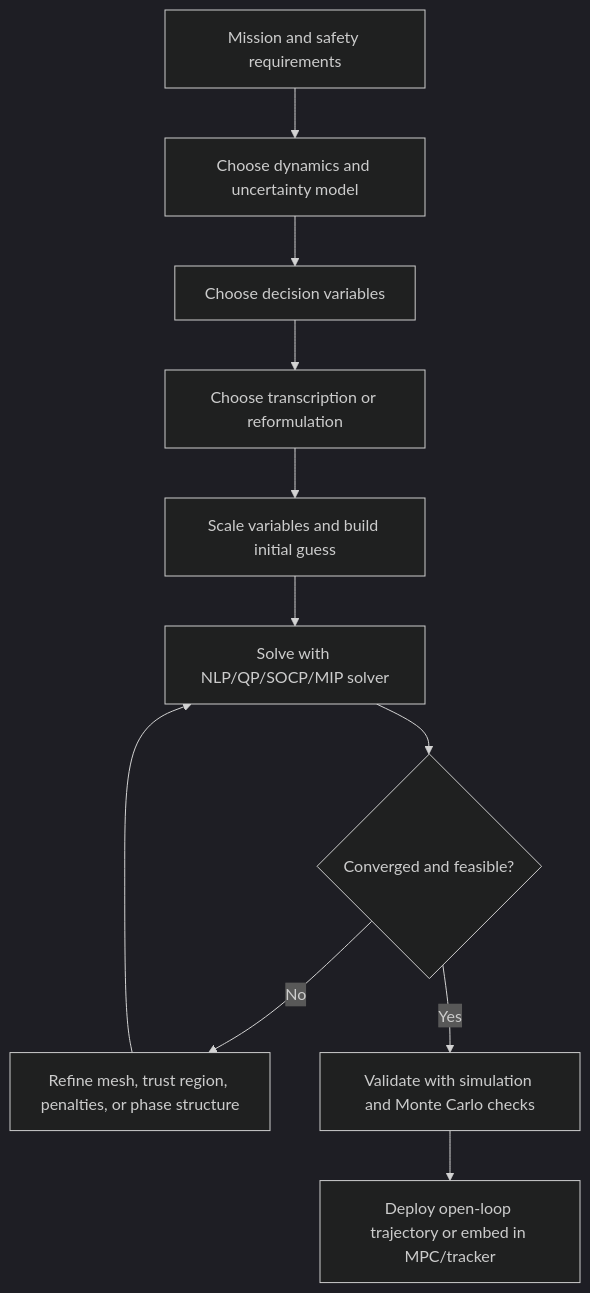
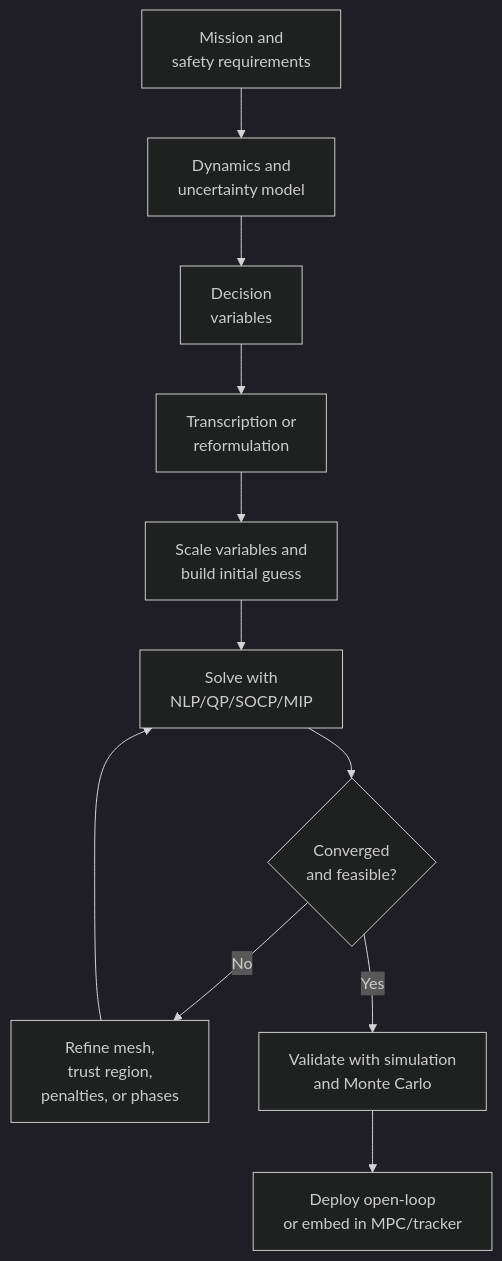
Before and after one commit to Horizon-42/optimization_learning: the first of 2 diagrams in optimization-in-aero-deep-research-report.md, drawn with Mermaid (dark theme). The commit also changed other lines of this file, not shown here.

Commit message:
Enhance trapezoidal collocation section with detailed defect constraint explanation and improve flowchart readability

````diff
--- a/optimization-in-aero-deep-research-report.md
+++ b/optimization-in-aero-deep-research-report.md
@@ -285,13 +293,13 @@
 ```mermaid
 flowchart TD
-    A[Mission and safety requirements] --> B[Choose dynamics and uncertainty model]
-    B --> C[Choose decision variables]
-    C --> D[Choose transcription or reformulation]
-    D --> E[Scale variables and build initial guess]
-    E --> F[Solve with NLP/QP/SOCP/MIP solver]
-    F --> G{Converged and feasible?}
-    G -- No --> H[Refine mesh, trust region, penalties, or phase structure]
+    A["Mission and<br/>safety requirements"] --> B["Dynamics and<br/>uncertainty model"]
+    B --> C["Decision<br/>variables"]
+    C --> D["Transcription or<br/>reformulation"]
+    D --> E["Scale variables and<br/>build initial guess"]
+    E --> F["Solve with<br/>NLP/QP/SOCP/MIP"]
+    F --> G{"Converged<br/>and feasible?"}
+    G -- No --> H["Refine mesh,<br/>trust region,<br/>penalties, or phases"]
     H --> F
-    G -- Yes --> I[Validate with simulation and Monte Carlo checks]
-    I --> J[Deploy open-loop trajectory or embed in MPC/tracker]
+    G -- Yes --> I["Validate with simulation<br/>and Monte Carlo"]
+    I --> J["Deploy open-loop<br/>or embed in MPC/tracker"]
 ```
````
